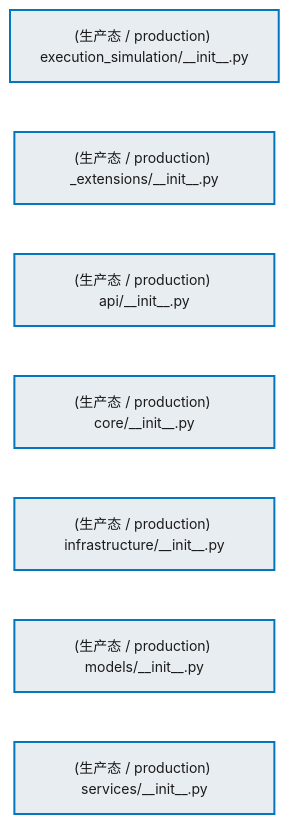
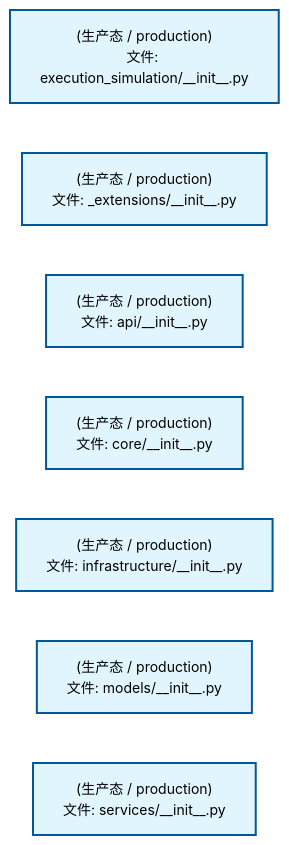
Before and after one commit to xuanFelixVan/ZephyrAlpha: the first of 2 diagrams in docs/02_enterprise_architecture/02_domain_architecture_docs/43_d_exec_sim.md, drawn with Mermaid. The commit also changed other lines of this file and 75 other files, not shown here.

````diff
--- a/docs/02_enterprise_architecture/02_domain_architecture_docs/43_d_exec_sim.md
+++ b/docs/02_enterprise_architecture/02_domain_architecture_docs/43_d_exec_sim.md
@@ -69,22 +69,22 @@
 ```mermaid
 %%{init: {'theme': 'base', 'themeVariables': {'primaryColor': '#eaeaea', 'primaryTextColor': '#333333', 'primaryBorderColor': '#666666', 'lineColor': '#666666', 'secondaryColor': '#eaeaea', 'tertiaryColor': '#eaeaea', 'fontSize': '14px'}}}%%
 flowchart TD
-    src_zephyr_execution_simulation_init_py["(生产态 / production) execution_simulation/__init__.py"]
-    src_zephyr_execution_simulation_extensions_init_py["(生产态 / production) _extensions/__init__.py"]
-    src_zephyr_execution_simulation_api_init_py["(生产态 / production) api/__init__.py"]
-    src_zephyr_execution_simulation_core_init_py["(生产态 / production) core/__init__.py"]
-    src_zephyr_execution_simulation_infrastructure_init_py["(生产态 / production) infrastructure/__init__.py"]
-    src_zephyr_execution_simulation_models_init_py["(生产态 / production) models/__init__.py"]
-    src_zephyr_execution_simulation_services_init_py["(生产态 / production) services/__init__.py"]
+    src_zephyr_execution_simulation_init_py["(生产态 / production)<br/>文件: execution_simulation/__init__.py"]
+    src_zephyr_execution_simulation_extensions_init_py["(生产态 / production)<br/>文件: _extensions/__init__.py"]
+    src_zephyr_execution_simulation_api_init_py["(生产态 / production)<br/>文件: api/__init__.py"]
+    src_zephyr_execution_simulation_core_init_py["(生产态 / production)<br/>文件: core/__init__.py"]
+    src_zephyr_execution_simulation_infrastructure_init_py["(生产态 / production)<br/>文件: infrastructure/__init__.py"]
+    src_zephyr_execution_simulation_models_init_py["(生产态 / production)<br/>文件: models/__init__.py"]
+    src_zephyr_execution_simulation_services_init_py["(生产态 / production)<br/>文件: services/__init__.py"]
     src_zephyr_execution_simulation_init_py ~~~ src_zephyr_execution_simulation_extensions_init_py
     src_zephyr_execution_simulation_extensions_init_py ~~~ src_zephyr_execution_simulation_api_init_py
     src_zephyr_execution_simulation_api_init_py ~~~ src_zephyr_execution_simulation_core_init_py
     src_zephyr_execution_simulation_core_init_py ~~~ src_zephyr_execution_simulation_infrastructure_init_py
     src_zephyr_execution_simulation_infrastructure_init_py ~~~ src_zephyr_execution_simulation_models_init_py
     src_zephyr_execution_simulation_models_init_py ~~~ src_zephyr_execution_simulation_services_init_py
-    classDef production fill:#e8edf2,stroke:#0277bd,stroke-width:2px,color:#1a1a1a
-    classDef design fill:#f0ebe3,stroke:#bf360c,stroke-width:2px,color:#1a1a1a,stroke-dasharray: 5 5
-    classDef external_prod fill:#e8efe9,stroke:#1b5e20,stroke-width:1px,color:#1a1a1a
-    classDef external_design fill:#efe5ea,stroke:#880e4f,stroke-width:1px,color:#1a1a1a,stroke-dasharray: 5 5
+    classDef production fill:#e1f5fe,stroke:#01579b,stroke-width:2px,color:#000
+    classDef design fill:#fff3e0,stroke:#e65100,stroke-width:2px,color:#000,stroke-dasharray: 5 5
+    classDef external_prod fill:#e8f4fd,stroke:#0277bd,stroke-width:1px,color:#000
+    classDef external_design fill:#fff8e7,stroke:#ef6c00,stroke-width:1px,color:#000,stroke-dasharray: 5 5
     class src_zephyr_execution_simulation_init_py,src_zephyr_execution_simulation_extensions_init_py,src_zephyr_execution_simulation_api_init_py,src_zephyr_execution_simulation_core_init_py,src_zephyr_execution_simulation_infrastructure_init_py,src_zephyr_execution_simulation_models_init_py,src_zephyr_execution_simulation_services_init_py production
 ```
````
